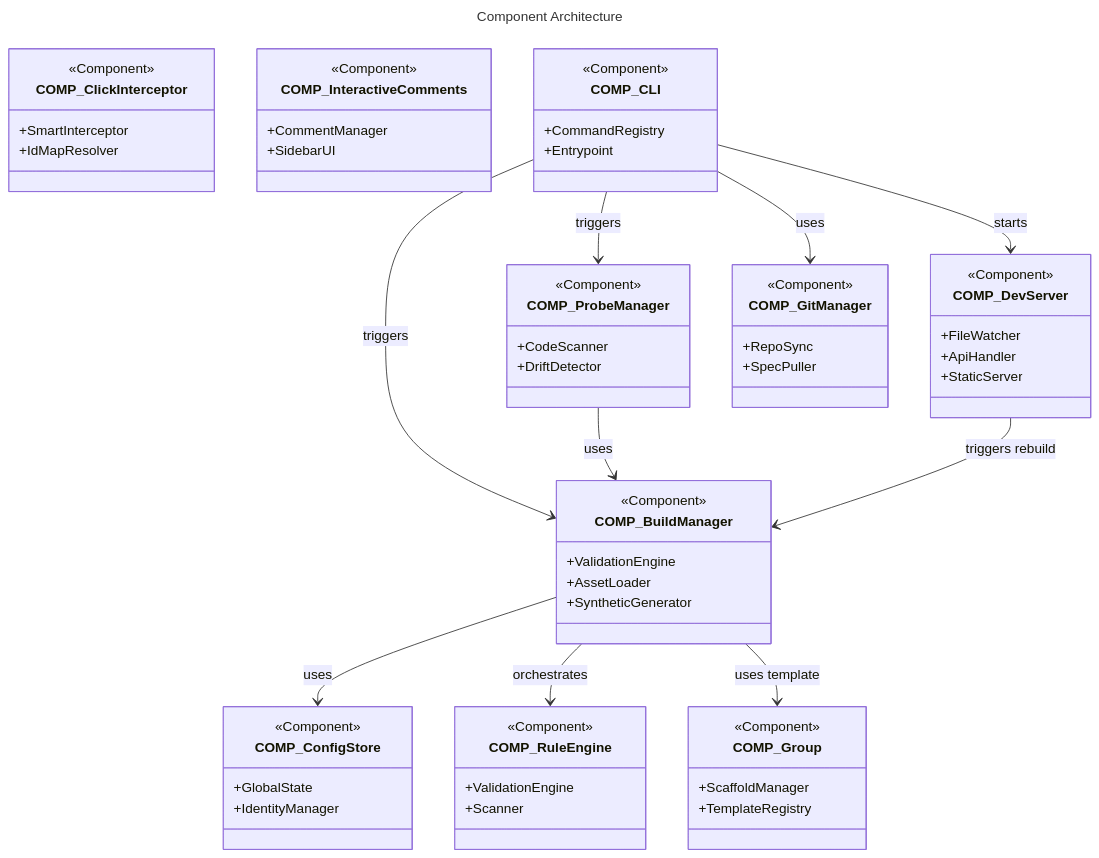
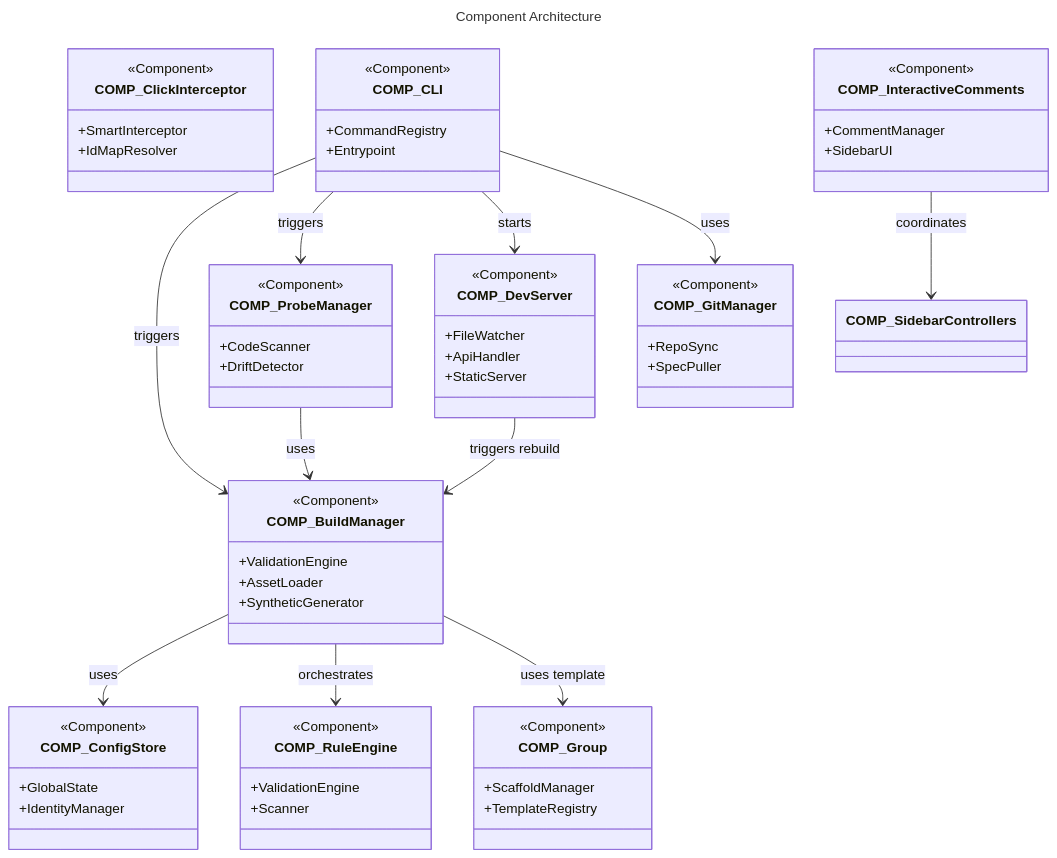
One commit to futurefoundai/foundryspec changed the diagram in docs/components/COMP_Overview.mermaid. Above: the diagram before and after it, drawn with Mermaid. The commit also changed 7 other files, not shown here.

First line of the commit message:
feat(hub): implement immersive context sidebar and refine architectural intent

```diff
--- a/docs/components/COMP_Overview.mermaid
+++ b/docs/components/COMP_Overview.mermaid
@@ -1,119 +1,125 @@
 ---
 id: "COMP_Overview"
 title: Component Architecture
 description: Detailed decomposition of the FoundrySpec engine components.
 entities:
   - id: "COMP_Group"
     uplink: "REQ_NonFunctional"
   - id: "COMP_ClickInterceptor"
     uplink: "REQ_Functional"
   - id: "COMP_InteractiveComments"
     uplink: "REQ_InteractiveComments"
+    downlinks:
+      - "COMP_SidebarControllers"
     requirements:
       - "REQ_InteractiveComments"
       - "REQ_DeterministicIdentity"
   - id: "COMP_BuildManager"
     uplink: "REQ_PathIntegrity"
     requirements:
       - "REQ_PathIntegrity"
       - "REQ_DynamicRoot"
   - id: "COMP_ProbeManager"
     uplink: "REQ_AutomatedProbing"
     requirements:
       - "REQ_AutomatedProbing"
   - id: "COMP_ConfigStore"
     uplink: "REQ_ZeroConfig"
     requirements:
       - "REQ_ZeroConfig"
   - id: "COMP_GitManager"
     uplink: "REQ_Functional"
     requirements:
       - "REQ_Functional"
   - id: "COMP_CLI"
     uplink: "REQ_Functional"
     downlinks:
       - "COMP_DevServer"
     requirements:
       - "REQ_Functional"
   - id: "COMP_DevServer"
     uplink: "REQ_Functional"
     requirements:
       - "REQ_Functional"
   - id: "COMP_RuleEngine"
     uplink: "COMP_BuildManager"
     requirements:
       - "REQ_Core"
+  - id: "COMP_SidebarControllers"
+    uplink: "COMP_InteractiveComments"
+    description: "Handles the logic for the context sidebar and unified ID resolution."
 ---
 
 classDiagram
     class COMP_Group {
         <<Component>>
         +ScaffoldManager
         +TemplateRegistry
     }
 
     class COMP_BuildManager {
         <<Component>>
         +ValidationEngine
         +AssetLoader
         +SyntheticGenerator
     }
 
     class COMP_ProbeManager {
         <<Component>>
         +CodeScanner
         +DriftDetector
     }
 
     class COMP_ClickInterceptor {
         <<Component>>
         +SmartInterceptor
         +IdMapResolver
     }
 
     class COMP_InteractiveComments {
         <<Component>>
         +CommentManager
         +SidebarUI
     }
 
     class COMP_DevServer {
         <<Component>>
         +FileWatcher
         +ApiHandler
         +StaticServer
     }
 
     class COMP_ConfigStore {
         <<Component>>
         +GlobalState
         +IdentityManager
     }
 
     class COMP_GitManager {
         <<Component>>
         +RepoSync
         +SpecPuller
     }
 
     class COMP_CLI {
         <<Component>>
         +CommandRegistry
         +Entrypoint
     }
 
     class COMP_RuleEngine {
         <<Component>>
         +ValidationEngine
         +Scanner
     }
     
     COMP_CLI --> COMP_BuildManager : triggers
     COMP_CLI --> COMP_ProbeManager : triggers
     COMP_CLI --> COMP_DevServer : starts
     COMP_CLI --> COMP_GitManager : uses
     COMP_BuildManager --> COMP_ConfigStore : uses
     COMP_BuildManager --> COMP_RuleEngine : orchestrates
     COMP_ProbeManager --> COMP_BuildManager : uses
     COMP_BuildManager --> COMP_Group : uses template
     COMP_DevServer --> COMP_BuildManager : triggers rebuild
+    COMP_InteractiveComments --> COMP_SidebarControllers : coordinates
```
